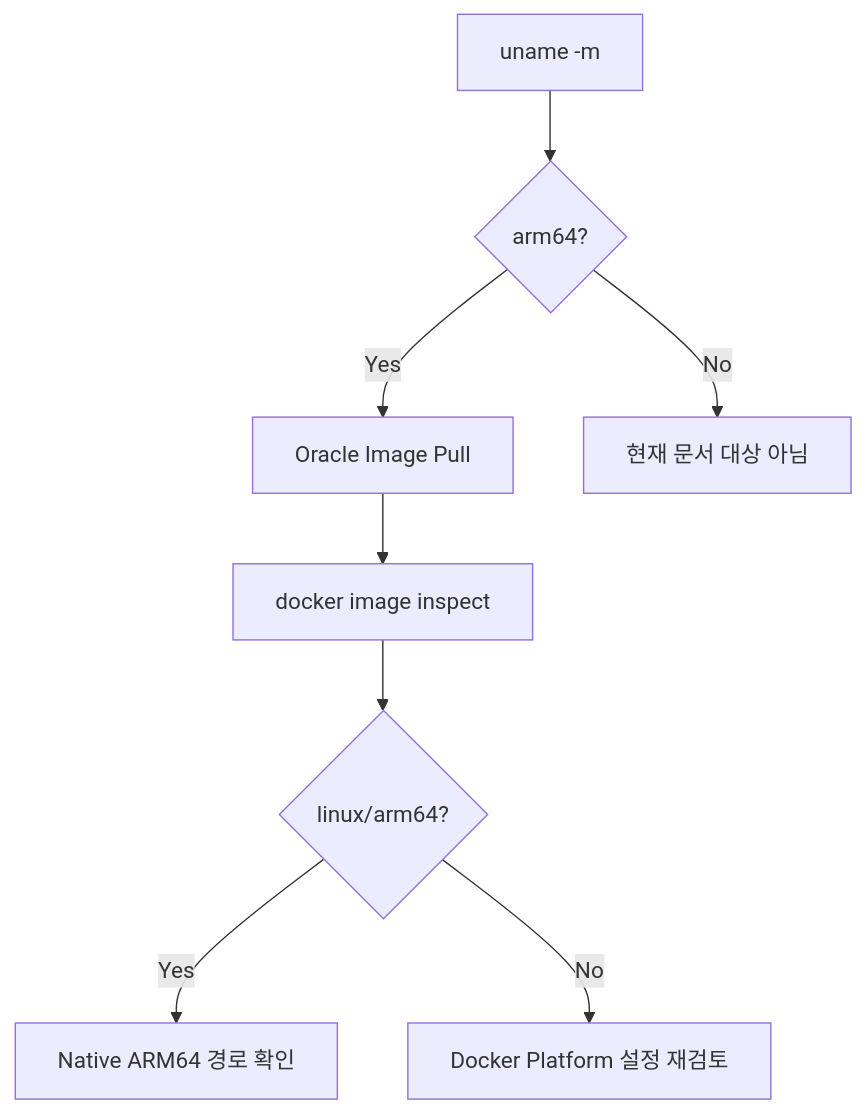
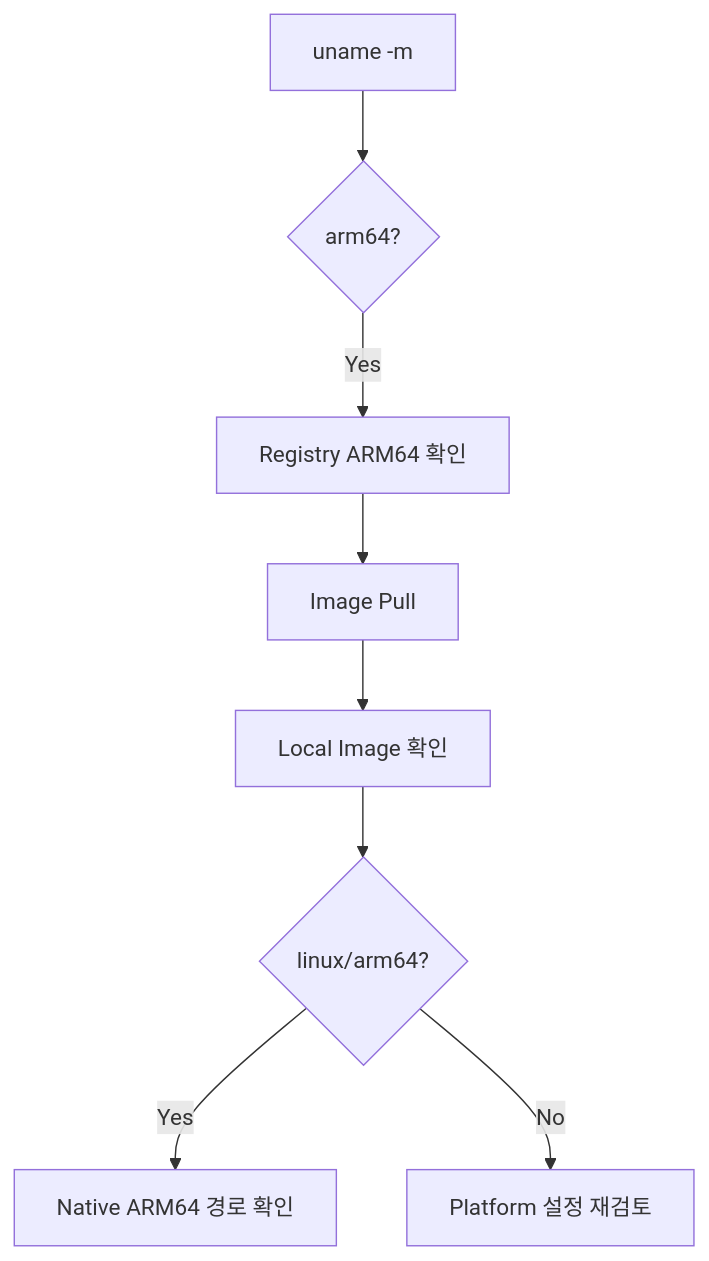
Before and after one commit to Team-Microserver/microserver-docs: the diagram in docs/02_development_environment/03_macos/07_oracle/oracle_docker_apple_silicon_support.md, drawn with Mermaid. The commit also changed other lines of this file and 17 other files, not shown here.

````diff
--- a/docs/02_development_environment/03_macos/07_oracle/oracle_docker_apple_silicon_support.md
+++ b/docs/02_development_environment/03_macos/07_oracle/oracle_docker_apple_silicon_support.md
@@ -273,14 +231,11 @@
 ```mermaid
 flowchart TD
-    A[uname -m]
-    A --> B{arm64?}
-
-    B -->|Yes| C[Oracle Image Pull]
-    B -->|No| X[현재 문서 대상 아님]
-
-    C --> D[docker image inspect]
-    D --> E{linux/arm64?}
-
-    E -->|Yes| F[Native ARM64 경로 확인]
-    E -->|No| G[Docker Platform 설정 재검토]
+    A["uname -m"]
+    --> B{"arm64?"}
+    B -->|Yes| C["Registry ARM64 확인"]
+    C --> D["Image Pull"]
+    D --> E["Local Image 확인"]
+    E --> F{"linux/arm64?"}
+    F -->|Yes| G["Native ARM64 경로 확인"]
+    F -->|No| H["Platform 설정 재검토"]
 ```
````
